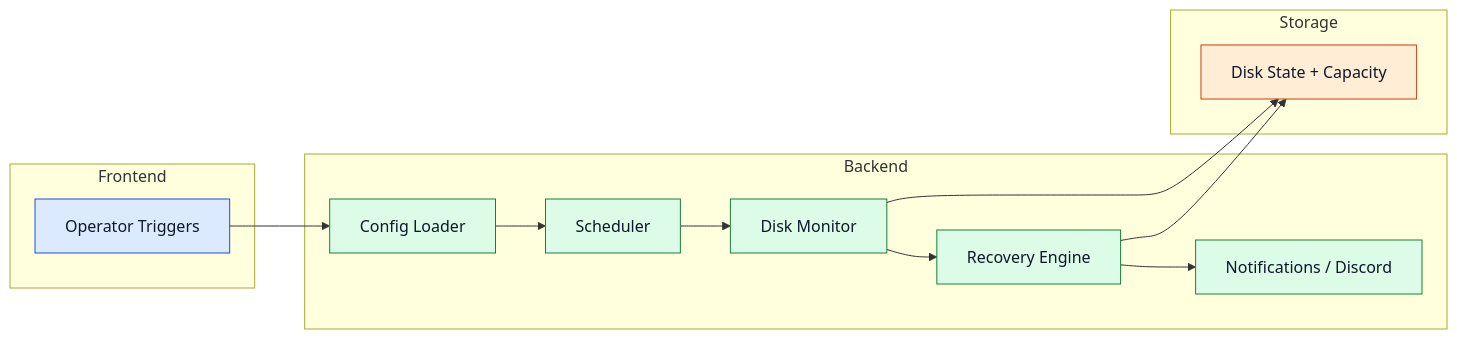
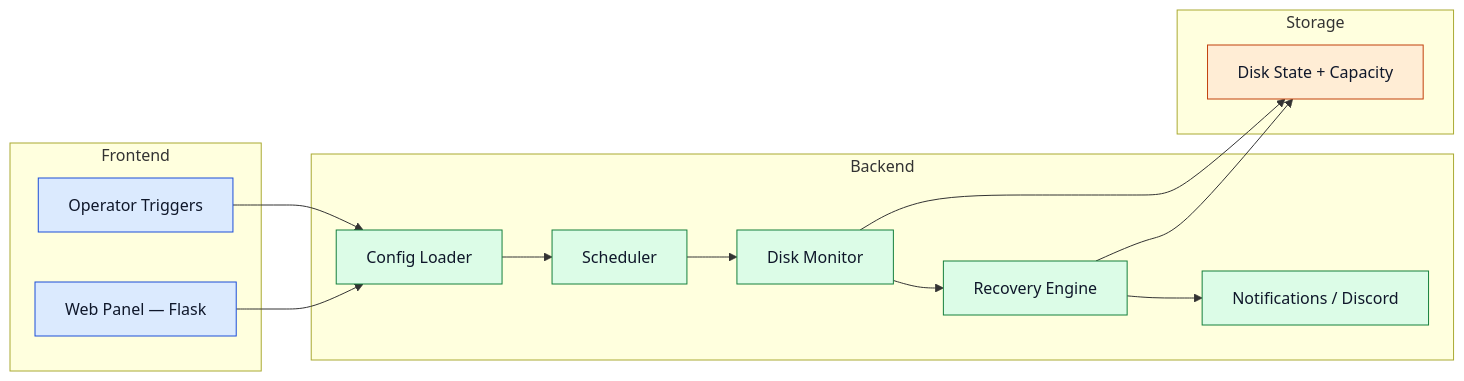
The diagram in docusaurus/docs/core-services.md (VulcanoSoftware/eindproject), drawn with Mermaid before and after one commit. The commit also changed other lines of this file and 5 other files, not shown here.

````diff
--- a/docusaurus/docs/core-services.md
+++ b/docusaurus/docs/core-services.md
@@ -12,30 +12,32 @@
 ```mermaid
 flowchart LR
   subgraph Frontend
     OPS[Operator Triggers]
+    WP[Web Panel — Flask]
   end
 
   subgraph Backend
     CFG[Config Loader]
     SCH[Scheduler]
     MON[Disk Monitor]
     REC[Recovery Engine]
     NOTIF[Notifications / Discord]
   end
 
   subgraph Storage
     STATE[Disk State + Capacity]
   end
 
   OPS --> CFG --> SCH --> MON --> REC --> NOTIF
+  WP --> CFG
   MON --> STATE
   REC --> STATE
 
   classDef frontend fill:#dbeafe,stroke:#1d4ed8,color:#0f172a,stroke-width:1px;
   classDef backend fill:#dcfce7,stroke:#15803d,color:#0f172a,stroke-width:1px;
   classDef storage fill:#ffedd5,stroke:#c2410c,color:#0f172a,stroke-width:1px;
 
-  class OPS frontend;
+  class OPS,WP frontend;
   class CFG,SCH,MON,REC,NOTIF backend;
   class STATE storage;
 ```
````
